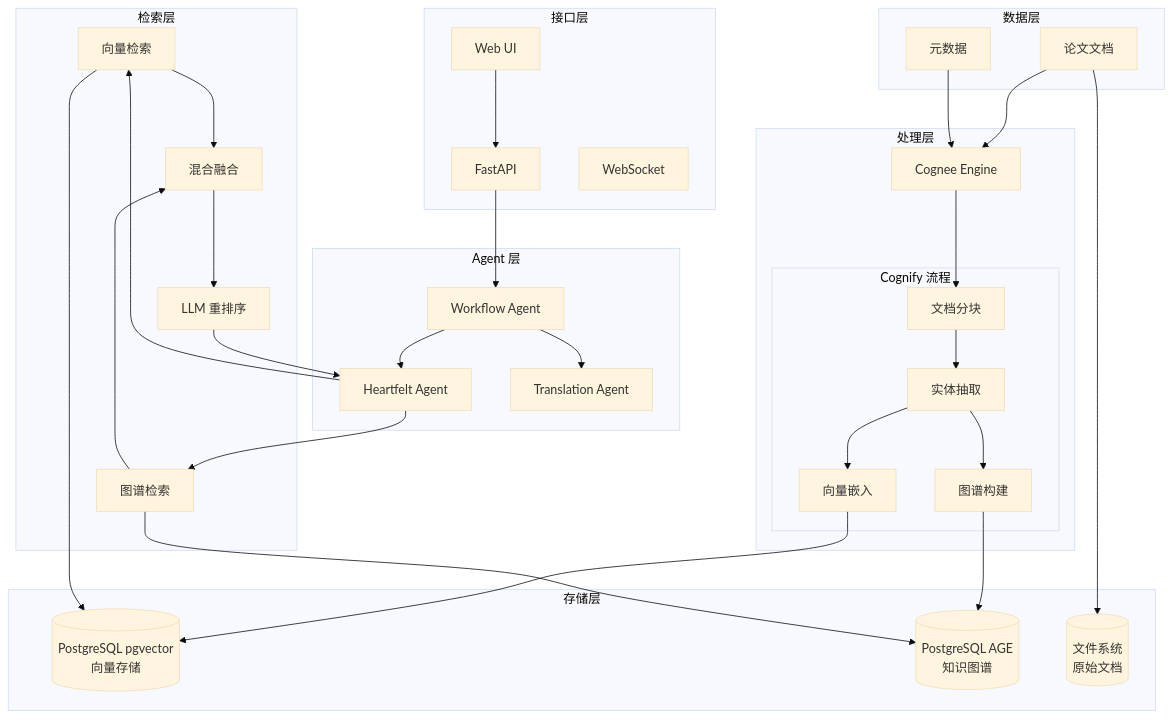
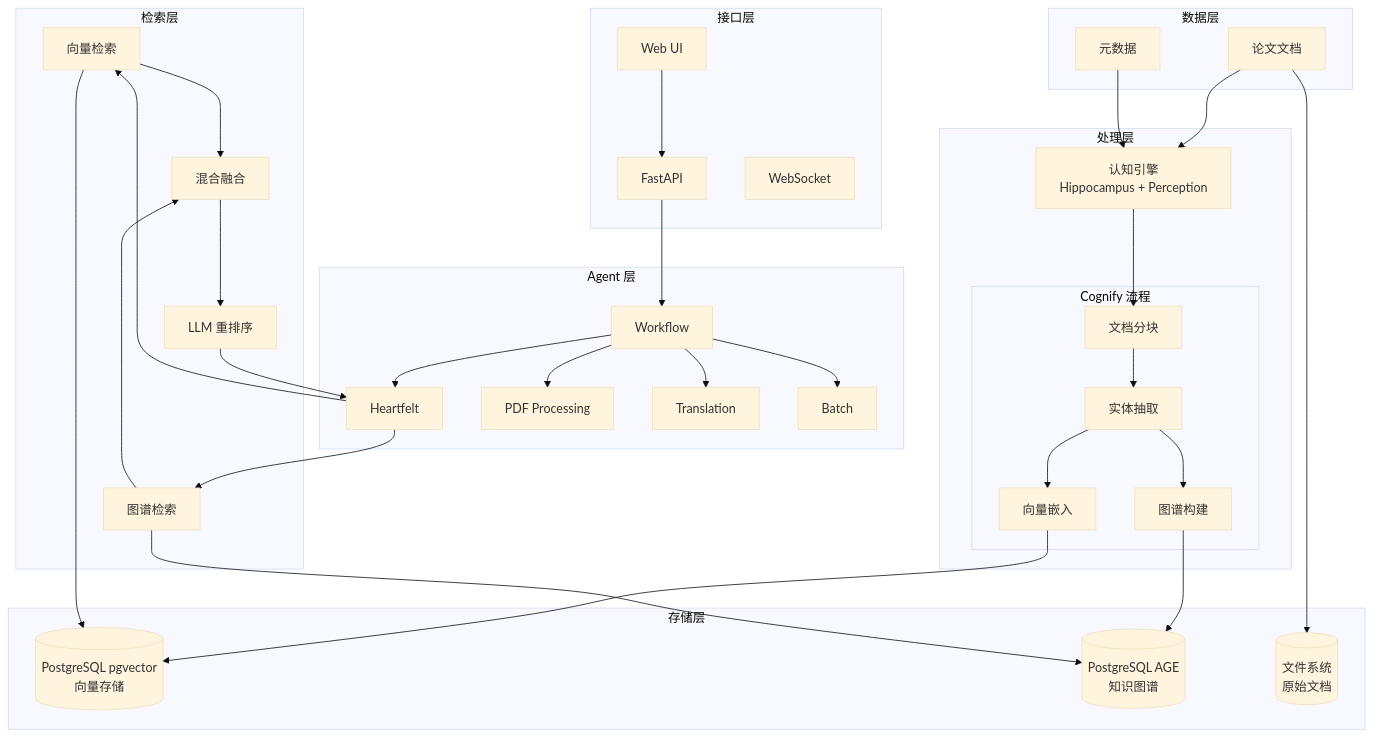
Diagram 15 of 17 in docs/research/000-cognitive-enhancement.md (ThreeFish-AI/negentropy), drawn with Mermaid (base theme) before and after one commit. The commit also changed other lines of this file and 1 other file, not shown here.

````diff
--- a/docs/research/000-cognitive-enhancement.md
+++ b/docs/research/000-cognitive-enhancement.md
@@ -1379,62 +737,66 @@
 ```mermaid
 flowchart TB
     subgraph 数据层
         Papers[论文文档]
         Metadata[元数据]
     end
 
     subgraph 处理层
-        Cognee[Cognee Engine]
+        Engine[认知引擎<br/>Hippocampus + Perception]
 
         subgraph Cognify 流程
             Chunk[文档分块]
             Extract[实体抽取]
             Embed[向量嵌入]
             Graph[图谱构建]
         end
     end
 
     subgraph 存储层
         OB[(PostgreSQL pgvector<br/>向量存储)]
         Neo[(PostgreSQL AGE<br/>知识图谱)]
         FS[(文件系统<br/>原始文档)]
     end
 
     subgraph 检索层
         VSearch[向量检索]
         GSearch[图谱检索]
         Hybrid[混合融合]
         Rerank[LLM 重排序]
     end
 
     subgraph Agent 层
-        WA[Workflow Agent]
-        HA[Heartfelt Agent]
-        TA[Translation Agent]
+        WA[Workflow]
+        HA[Heartfelt]
+        PA[PDF Processing]
+        TA[Translation]
+        BA[Batch]
     end
 
     subgraph 接口层
         API[FastAPI]
         WS[WebSocket]
         UI[Web UI]
     end
 
-    Papers --> Cognee
-    Metadata --> Cognee
-    Cognee --> Chunk --> Extract --> Embed --> OB
+    Papers --> Engine
+    Metadata --> Engine
+    Engine --> Chunk --> Extract --> Embed --> OB
     Extract --> Graph --> Neo
     Papers --> FS
 
     UI --> API
     API --> WA
     WA --> HA
+    WA --> PA
     WA --> TA
+    WA --> BA
     HA --> VSearch
     HA --> GSearch
     VSearch --> OB
     GSearch --> Neo
     VSearch --> Hybrid
     GSearch --> Hybrid
     Hybrid --> Rerank
     Rerank --> HA
 ```
````
